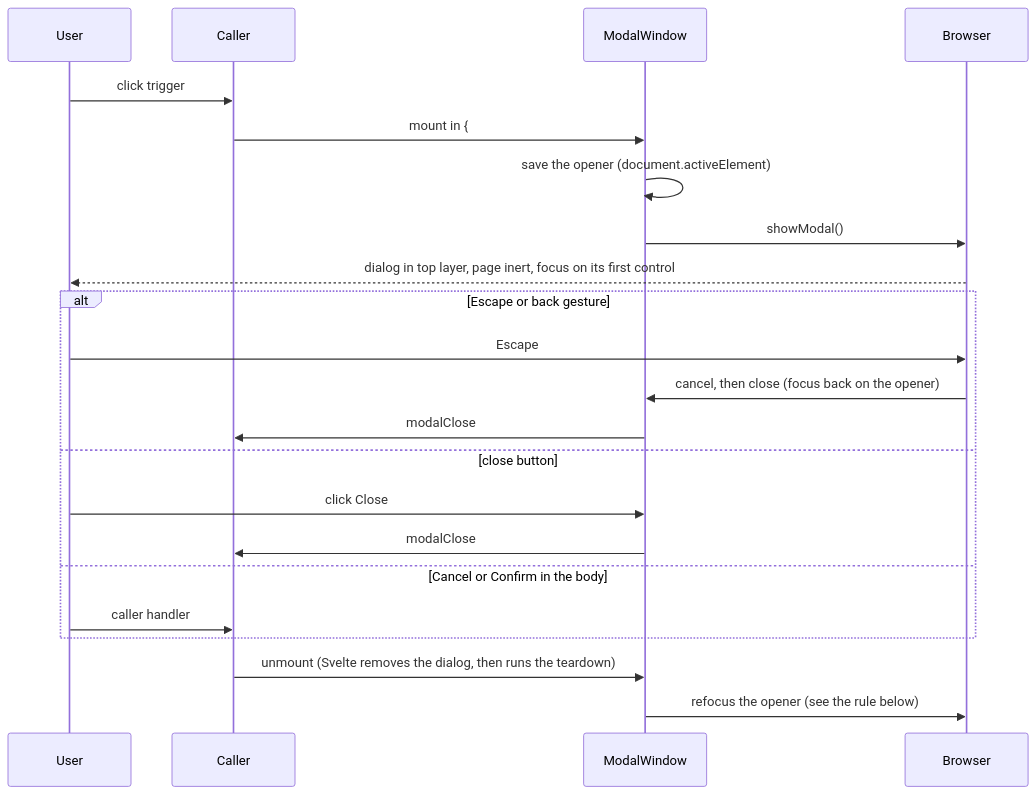
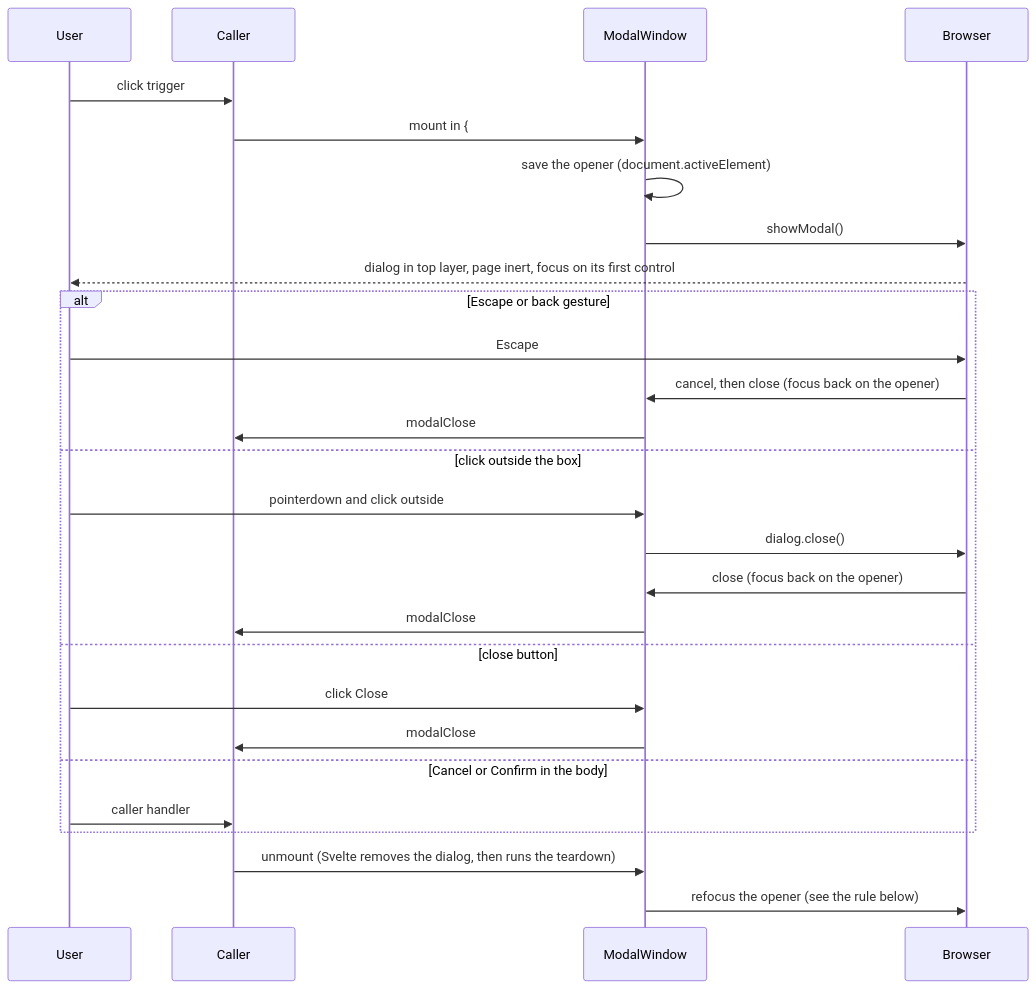
Before and after one commit to scylladb/argus: the first of 3 diagrams in tasks/ARGUS-273/ARGUS-274/spec.md, drawn with Mermaid. The commit also changed other lines of this file and 1 other file, not shown here.

First line of the commit message:
docs(tasks): add light dismiss to the native dialog ModalWindow

````diff
--- a/tasks/ARGUS-273/ARGUS-274/spec.md
+++ b/tasks/ARGUS-273/ARGUS-274/spec.md
@@ -49,24 +54,29 @@
 ```mermaid
 sequenceDiagram
     participant U as User
     participant C as Caller
     participant M as ModalWindow
     participant B as Browser
     U->>C: click trigger
     C->>M: mount in {#if}
     M->>M: save the opener (document.activeElement)
     M->>B: showModal()
     B-->>U: dialog in top layer, page inert, focus on its first control
     alt Escape or back gesture
         U->>B: Escape
         B->>M: cancel, then close (focus back on the opener)
         M->>C: modalClose
+    else click outside the box
+        U->>M: pointerdown and click outside
+        M->>B: dialog.close()
+        B->>M: close (focus back on the opener)
+        M->>C: modalClose
     else close button
         U->>M: click Close
         M->>C: modalClose
     else Cancel or Confirm in the body
         U->>C: caller handler
     end
     C->>M: unmount (Svelte removes the dialog, then runs the teardown)
     M->>B: refocus the opener (see the rule below)
 ```
````
